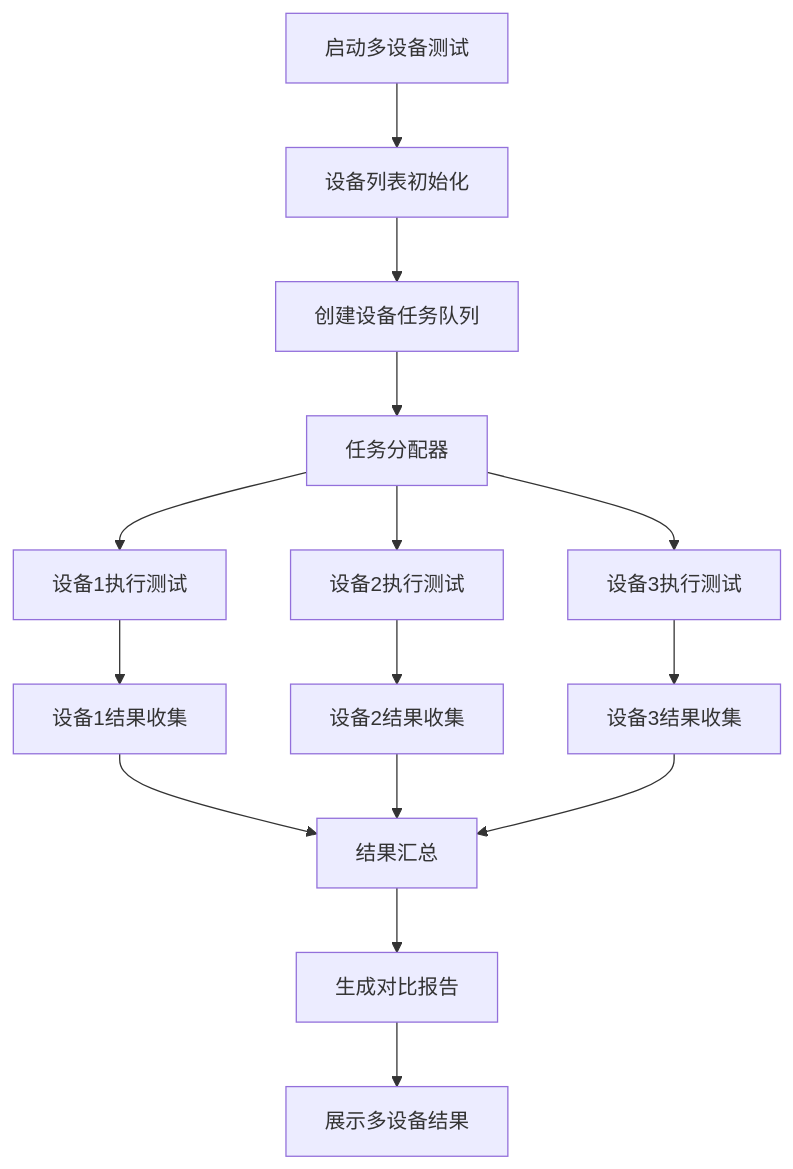
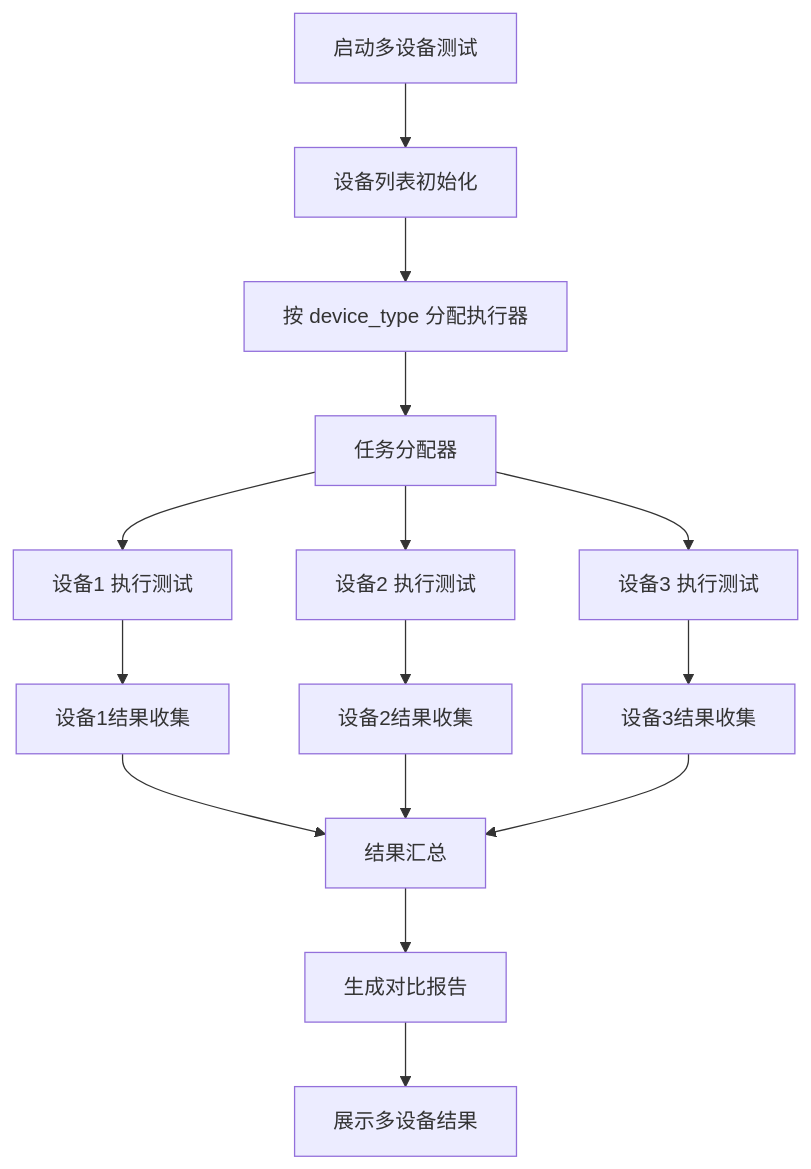
Before and after one commit to ydz-auto/intelligent_audio_test: the second of 3 diagrams in Intelligent-Audio-TEST/doc/功能设计文档/01_测试执行/端到端测试功能设计文档.md, drawn with Mermaid. The commit also changed other lines of this file and 92 other files, not shown here.

````diff
--- a/Intelligent-Audio-TEST/doc/功能设计文档/01_测试执行/端到端测试功能设计文档.md
+++ b/Intelligent-Audio-TEST/doc/功能设计文档/01_测试执行/端到端测试功能设计文档.md
@@ -225,17 +240,17 @@
 ```mermaid
 flowchart TD
     A[启动多设备测试] --> B[设备列表初始化]
-    B --> C[创建设备任务队列]
+    B --> C[按 device_type 分配执行器]
     C --> D[任务分配器]
-    D --> E1[设备1执行测试]
-    D --> E2[设备2执行测试]
-    D --> E3[设备3执行测试]
+    D --> E1[设备1 执行测试]
+    D --> E2[设备2 执行测试]
+    D --> E3[设备3 执行测试]
     E1 --> F1[设备1结果收集]
     E2 --> F2[设备2结果收集]
     E3 --> F3[设备3结果收集]
     F1 --> G[结果汇总]
     F2 --> G
     F3 --> G
     G --> H[生成对比报告]
     H --> I[展示多设备结果]
 ```
````
